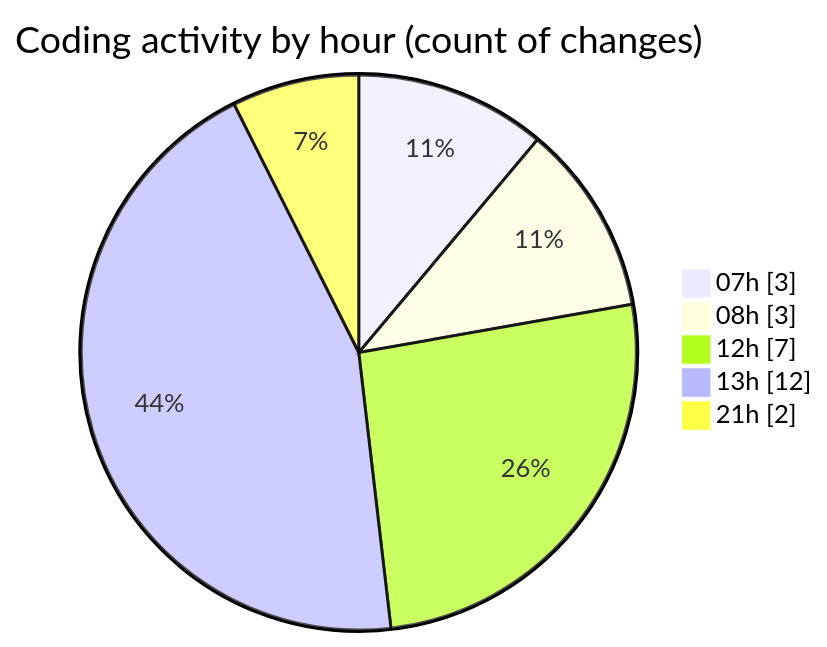
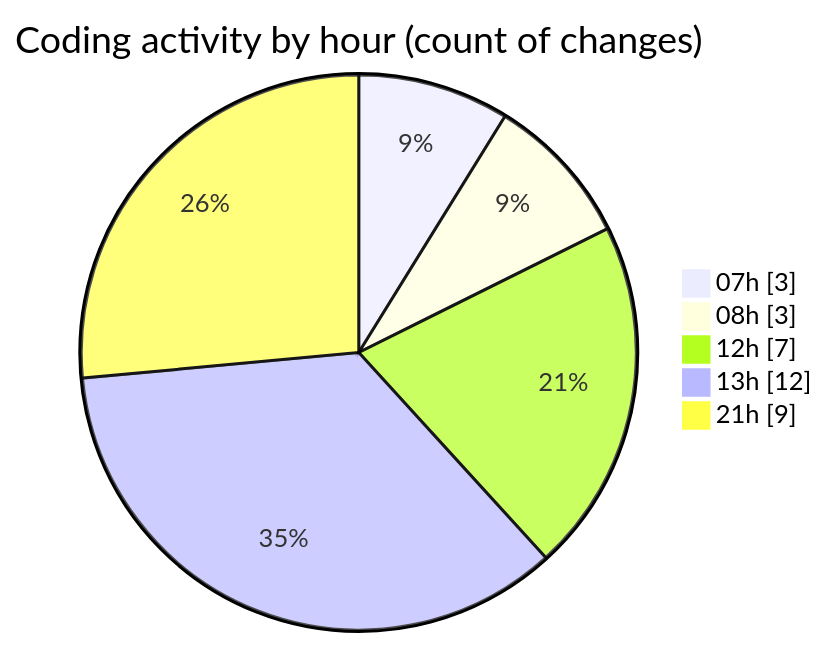
One commit to charlie-sans/code-tracking changed the second of 2 diagrams in 2025-04-28/c-masm/README.md. Above: the diagram before and after it, drawn with Mermaid. The commit also changed other lines of this file and 1 other file, not shown here.

````diff
--- a/2025-04-28/c-masm/README.md
+++ b/2025-04-28/c-masm/README.md
@@ -42,9 +42,9 @@
 ```mermaid
 pie showData
 title Coding activity by hour (count of changes)
 "07h" : 3
 "08h" : 3
 "12h" : 7
 "13h" : 12
-"21h" : 2
+"21h" : 9
 ```
````
